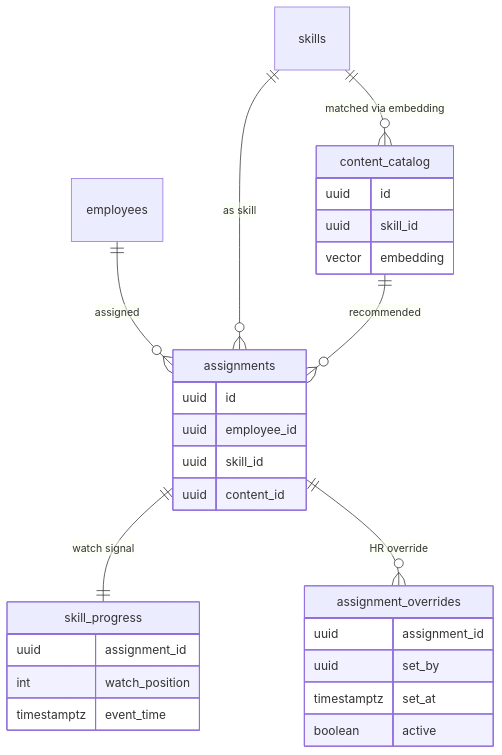
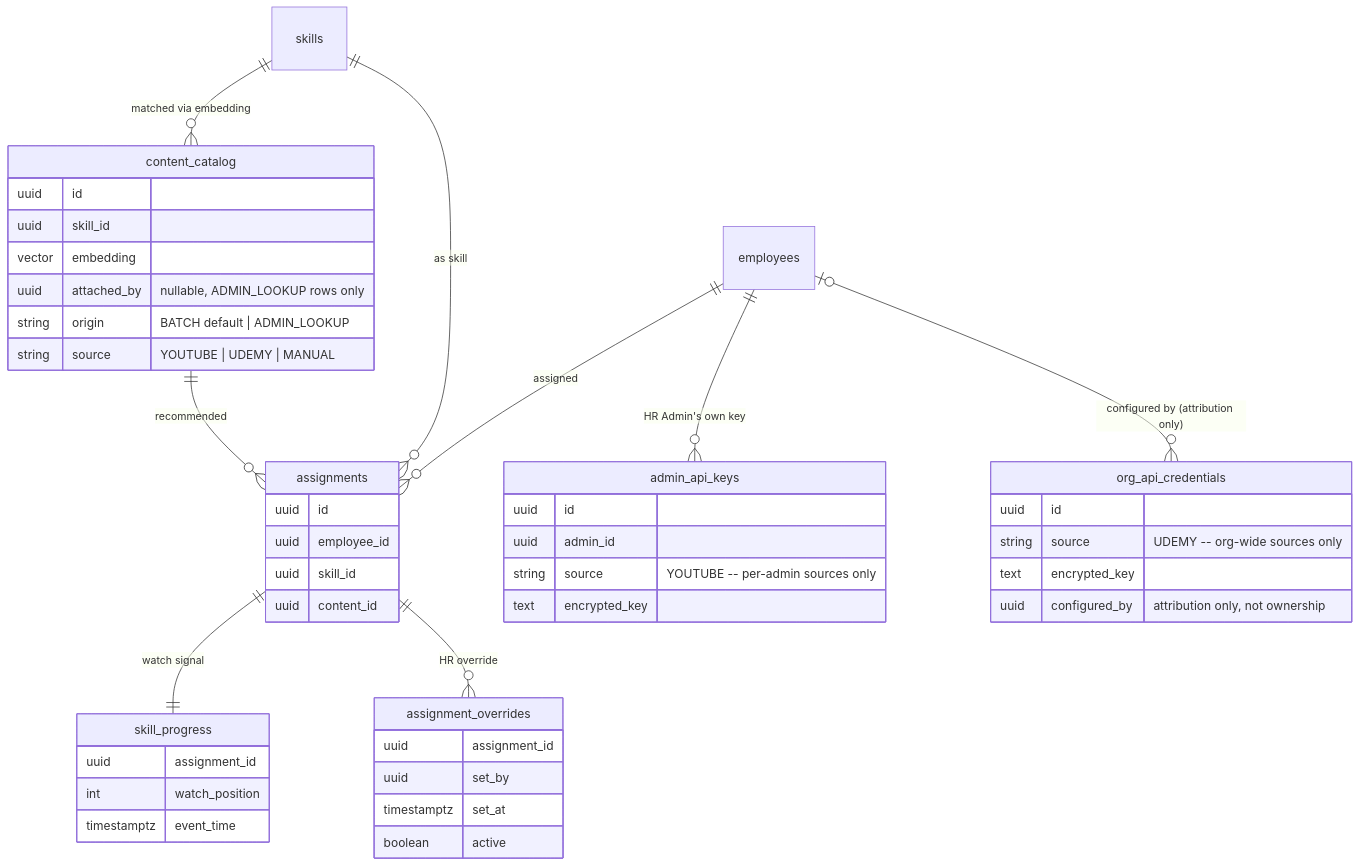
One commit to PTirumalaVasu/TalentPilot-AI changed the third of 3 diagrams in _bmad-output/planning-artifacts/architecture/architecture-TalentPilot-AI-2026-07-09/ARCHITECTURE-SPINE.md. Above: the diagram before and after it, drawn with Mermaid. The commit also changed other lines of this file and 10 other files, not shown here.

First line of the commit message:
feat: add Admin-Assisted Content Sourcing (Skills tab) - PRD, architecture, UX spec, prototype

````diff
--- a/_bmad-output/planning-artifacts/architecture/architecture-TalentPilot-AI-2026-07-09/ARCHITECTURE-SPINE.md
+++ b/_bmad-output/planning-artifacts/architecture/architecture-TalentPilot-AI-2026-07-09/ARCHITECTURE-SPINE.md
@@ -171,32 +191,49 @@
 ```mermaid
 erDiagram
     employees ||--o{ assignments : "assigned"
     skills ||--o{ assignments : "as skill"
     content_catalog ||--o{ assignments : "recommended"
     skills ||--o{ content_catalog : "matched via embedding"
     assignments ||--|| skill_progress : "watch signal"
     assignments ||--o{ assignment_overrides : "HR override"
+    employees ||--o{ admin_api_keys : "HR Admin's own key"
+    employees |o--o{ org_api_credentials : "configured by (attribution only)"
 
     assignments {
         uuid id
         uuid employee_id
         uuid skill_id
         uuid content_id
     }
     skill_progress {
         uuid assignment_id
         int watch_position
         timestamptz event_time
     }
     assignment_overrides {
         uuid assignment_id
         uuid set_by
         timestamptz set_at
         boolean active
     }
     content_catalog {
         uuid id
         uuid skill_id
         vector embedding
+        uuid attached_by "nullable, ADMIN_LOOKUP rows only"
+        string origin "BATCH default | ADMIN_LOOKUP"
+        string source "YOUTUBE | UDEMY | MANUAL"
+    }
+    admin_api_keys {
+        uuid id
+        uuid admin_id
+        string source "YOUTUBE -- per-admin sources only"
+        text encrypted_key
+    }
+    org_api_credentials {
+        uuid id
+        string source "UDEMY -- org-wide sources only"
+        text encrypted_key
+        uuid configured_by "attribution only, not ownership"
     }
 ```
````
